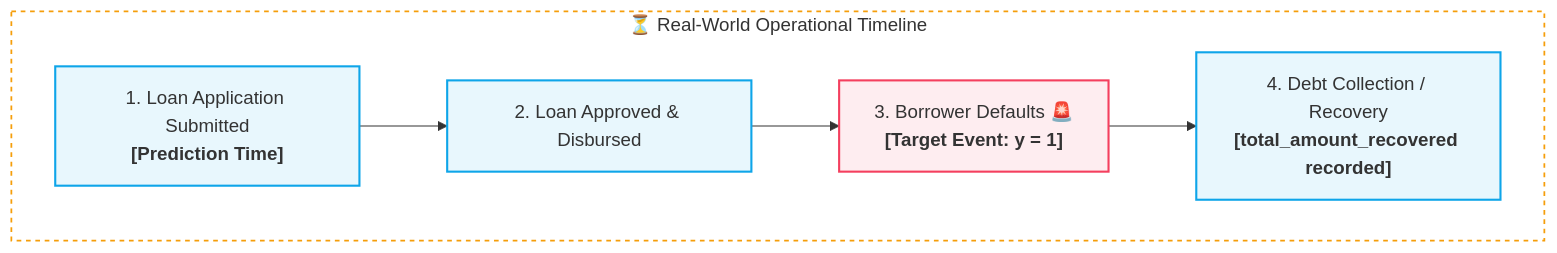
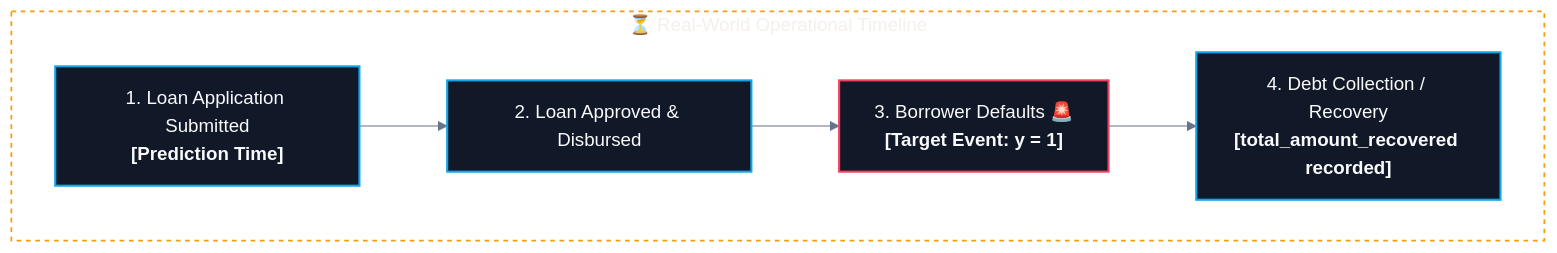
One commit to abhinavbharti2345/CS_Notes changed the fifth of 6 diagrams in CS/AI & ML/02. Data Preprocessing/01. Data Leakage.md. Above: the diagram before and after it, drawn with Mermaid. The commit also changed other lines of this file and 195 other files, not shown here.

````diff
--- a/CS/AI & ML/02. Data Preprocessing/01. Data Leakage.md
+++ b/CS/AI & ML/02. Data Preprocessing/01. Data Leakage.md
@@ -139,15 +143,16 @@
 ```mermaid
+%%{init: {'theme': 'base', 'themeVariables': { 'darkMode': true, 'background': '#0B0F14', 'mainBkg': '#111827', 'primaryColor': '#111827', 'primaryTextColor': '#F8FAFC', 'primaryBorderColor': '#38BDF8', 'lineColor': '#64748B', 'secondaryColor': '#0B0F14', 'tertiaryColor': '#0B0F14', 'clusterBkg': '#0B0F14', 'clusterBorder': '#38BDF8' }}}%%
 flowchart LR
     subgraph Timeline ["⏳ Real-World Operational Timeline"]
         direction LR
         T0["1. Loan Application Submitted<br/><b>[Prediction Time]</b>"] --> T1["2. Loan Approved & Disbursed"]
         T1 --> T2["3. Borrower Defaults 🚨<br/><b>[Target Event: y = 1]</b>"]
         T2 --> T3["4. Debt Collection / Recovery<br/><b>[total_amount_recovered recorded]</b>"]
     end
 
     style Timeline fill:none,stroke:#f59e0b,stroke-width:1.5px,stroke-dasharray:4 4
-    classDef step fill:#0ea5e918,stroke:#0ea5e9,stroke-width:1.8px;
-    classDef event fill:#f43f5e18,stroke:#f43f5e,stroke-width:1.8px;
+    classDef step fill:#111827,stroke:#0ea5e9,stroke-width:1.8px,color:#F8FAFC;
+    classDef event fill:#111827,stroke:#f43f5e,stroke-width:1.8px,color:#F8FAFC;
     class T0,T1,T3 step;
     class T2 event;
 ```
````
